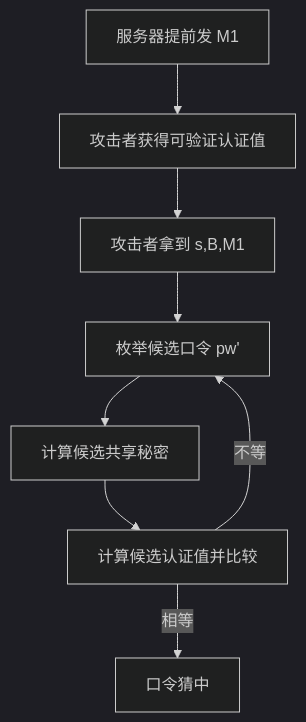
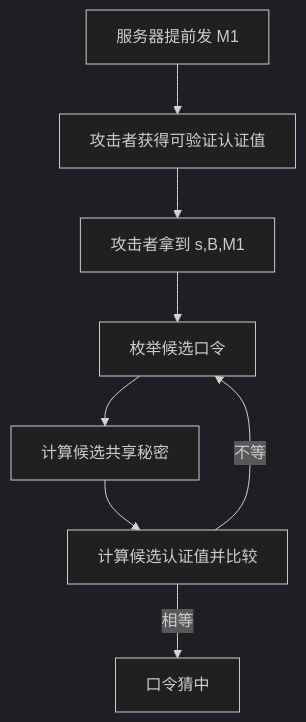
Before and after one commit to 22mouseok-crypto/obsidian-vault: diagram 15 of 21 in 大三下/密码协议/密码协议期末复习-Obsidian视觉版.md, drawn with Mermaid (dark theme). The commit also changed other lines of this file, not shown here.

Commit message:
vault backup: 2026-06-19 14:53:07

````diff
--- a/大三下/密码协议/密码协议期末复习-Obsidian视觉版.md
+++ b/大三下/密码协议/密码协议期末复习-Obsidian视觉版.md
@@ -571,10 +571,10 @@
 ```mermaid
 flowchart TD
     A[服务器提前发 M1] --> B[攻击者获得可验证认证值]
     B --> C[攻击者拿到 s,B,M1]
-    C --> D[枚举候选口令 pw']
+    C --> D[枚举候选口令]
     D --> E[计算候选共享秘密]
     E --> F[计算候选认证值并比较]
     F -->|相等| G[口令猜中]
     F -->|不等| D
 ```
````
